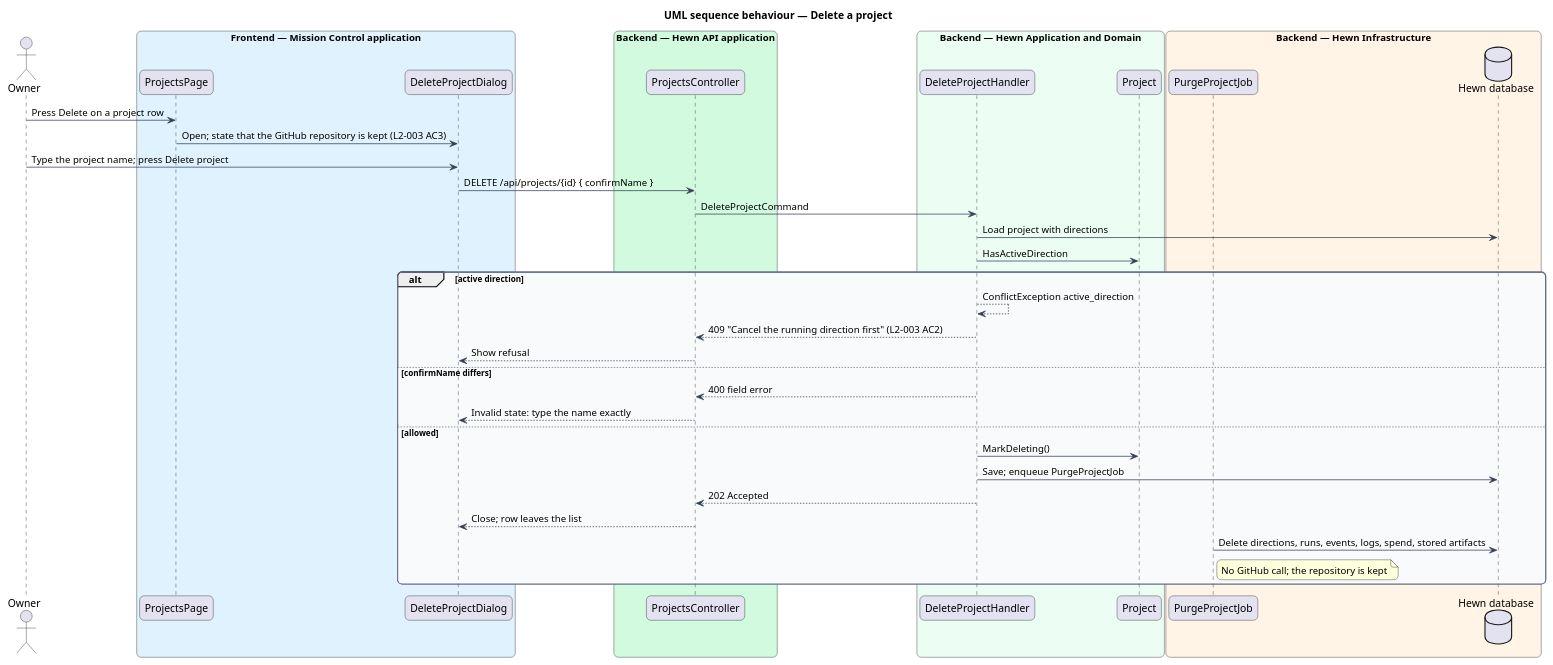
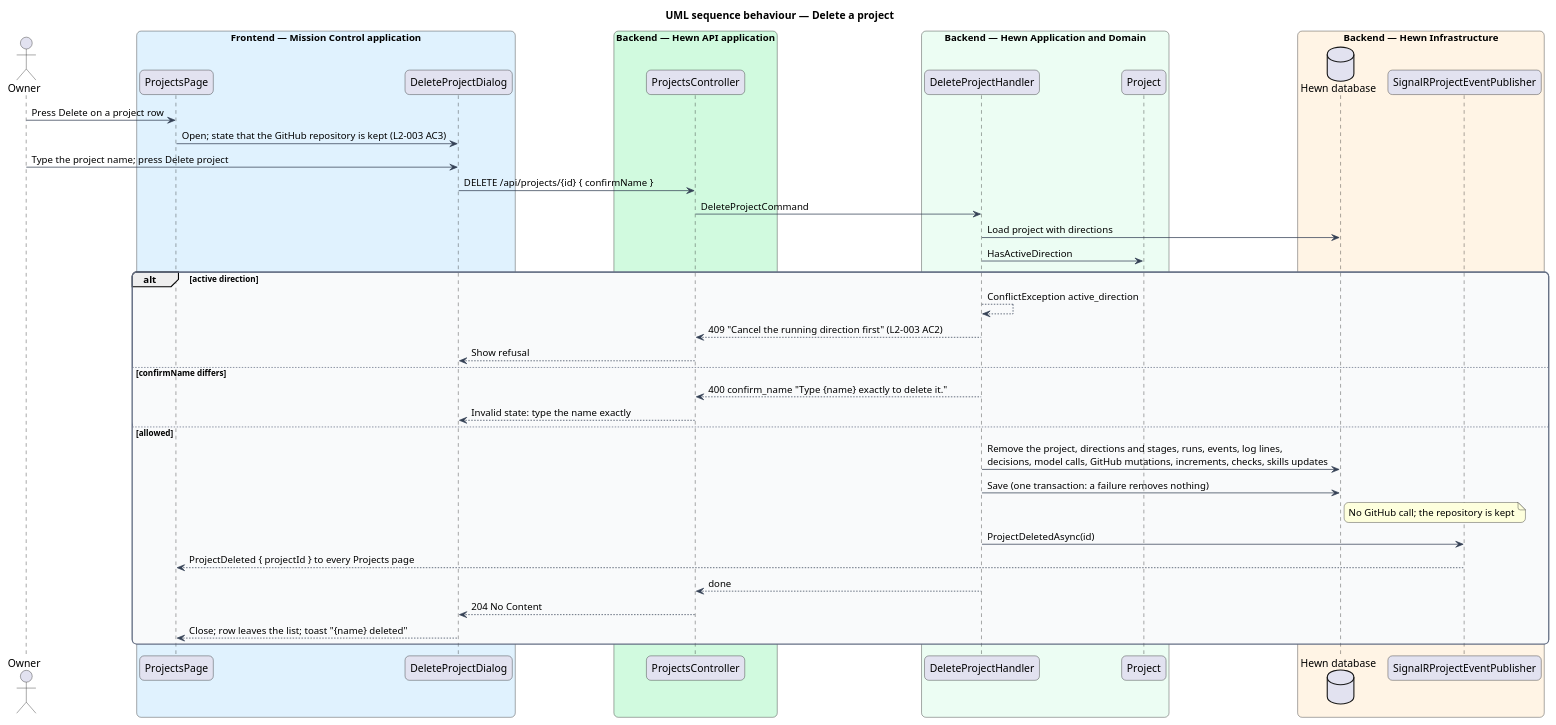
Before and after one commit to QuinntyneBrown/hewn: the diagram in docs/detailed-designs/projects/archive-and-delete-project/diagrams/sequence-delete.puml, drawn with PlantUML. The commit also changed 51 other files, not shown here.

First line of the commit message:
Delete a project (journey 31, L2-003) (#39)

```diff
--- a/docs/detailed-designs/projects/archive-and-delete-project/diagrams/sequence-delete.puml
+++ b/docs/detailed-designs/projects/archive-and-delete-project/diagrams/sequence-delete.puml
@@ -1,56 +1,58 @@
 @startuml
 title UML sequence behaviour — Delete a project
 skinparam backgroundColor #FFFFFF
 skinparam shadowing false
 skinparam roundcorner 12
 skinparam defaultFontName Arial
 skinparam ArrowColor #344054
 skinparam rectangle {
   BorderColor #344054
   FontColor #101828
 }
 skinparam package {
   BorderColor #667085
   FontColor #101828
   BackgroundColor #F9FAFB
 }
 skinparam sequenceMessageAlign left
 actor "Owner" as owner
 box "Frontend — Mission Control application" #E0F2FE
   participant "ProjectsPage" as page
   participant "DeleteProjectDialog" as dlg
 end box
 box "Backend — Hewn API application" #D1FADF
   participant "ProjectsController" as ctrl
 end box
 box "Backend — Hewn Application and Domain" #ECFDF3
   participant "DeleteProjectHandler" as del
   participant "Project" as proj
 end box
 box "Backend — Hewn Infrastructure" #FFF4E5
-  participant "PurgeProjectJob" as purge
   database "Hewn database" as db
+  participant "SignalRProjectEventPublisher" as hub
 end box
 owner -> page : Press Delete on a project row
 page -> dlg : Open; state that the GitHub repository is kept (L2-003 AC3)
 owner -> dlg : Type the project name; press Delete project
 dlg -> ctrl : DELETE /api/projects/{id} { confirmName }
 ctrl -> del : DeleteProjectCommand
 del -> db : Load project with directions
 del -> proj : HasActiveDirection
 alt active direction
   del --> del : ConflictException active_direction
   del --> ctrl : 409 "Cancel the running direction first" (L2-003 AC2)
   ctrl --> dlg : Show refusal
 else confirmName differs
-  del --> ctrl : 400 field error
+  del --> ctrl : 400 confirm_name "Type {name} exactly to delete it."
   ctrl --> dlg : Invalid state: type the name exactly
 else allowed
-  del -> proj : MarkDeleting()
-  del -> db : Save; enqueue PurgeProjectJob
-  del --> ctrl : 202 Accepted
-  ctrl --> dlg : Close; row leaves the list
-  purge -> db : Delete directions, runs, events, logs, spend, stored artifacts
-  note right of purge : No GitHub call; the repository is kept
+  del -> db : Remove the project, directions and stages, runs, events, log lines,\ndecisions, model calls, GitHub mutations, increments, checks, skills updates
+  del -> db : Save (one transaction: a failure removes nothing)
+  note right of db : No GitHub call; the repository is kept
+  del -> hub : ProjectDeletedAsync(id)
+  hub --> page : ProjectDeleted { projectId } to every Projects page
+  del --> ctrl : done
+  ctrl --> dlg : 204 No Content
+  dlg --> page : Close; row leaves the list; toast "{name} deleted"
 end
 @enduml
```
